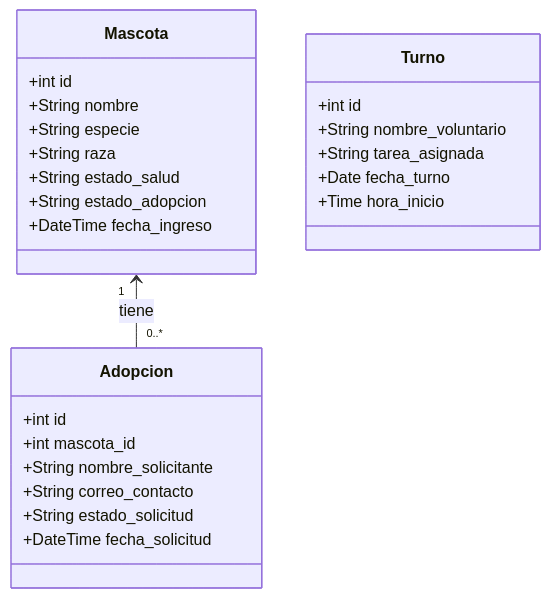
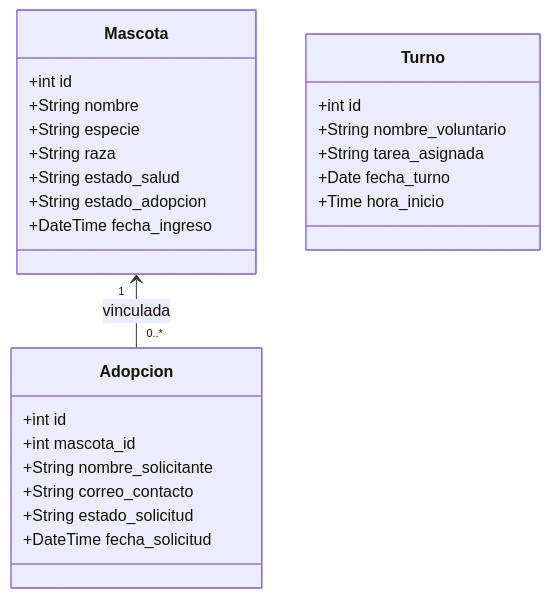
One commit to AriFtw03/LP-Proyecto-2doParcial changed the diagram in README.md. Above: the diagram before and after it, drawn with Mermaid. The commit also changed other lines of this file and 41 other files, not shown here.

````diff
--- a/README.md
+++ b/README.md
@@ -16,31 +20,31 @@
 ```mermaid
 classDiagram
     class Mascota {
         +int id
         +String nombre
         +String especie
         +String raza
         +String estado_salud
         +String estado_adopcion
         +DateTime fecha_ingreso
     }
 
     class Adopcion {
         +int id
         +int mascota_id
         +String nombre_solicitante
         +String correo_contacto
         +String estado_solicitud
         +DateTime fecha_solicitud
     }
 
     class Turno {
         +int id
         +String nombre_voluntario
         +String tarea_asignada
         +Date fecha_turno
         +Time hora_inicio
     }
 
-    Mascota "1" <-- "0..*" Adopcion : tiene
+    Mascota "1" <-- "0..*" Adopcion : vinculada
 ```
````
